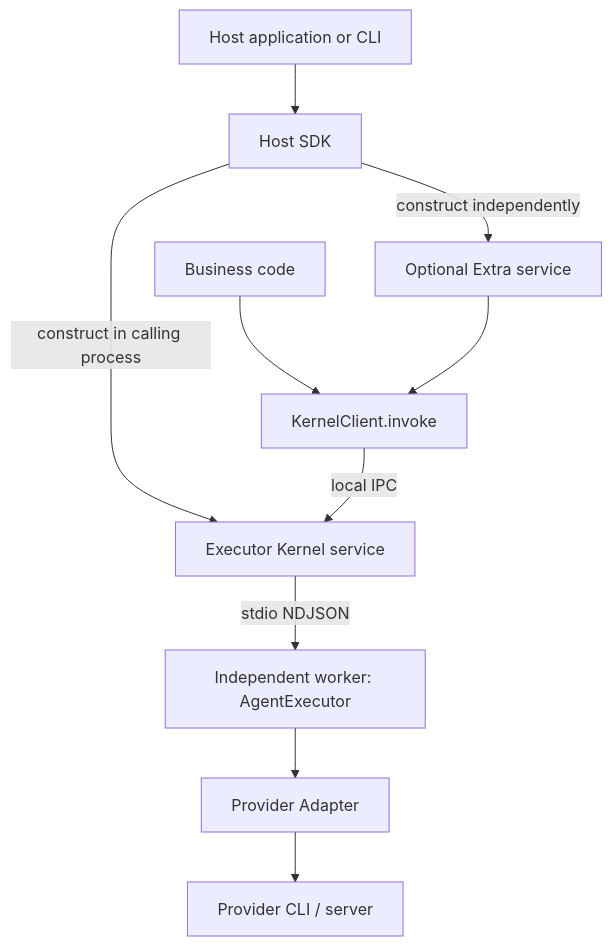
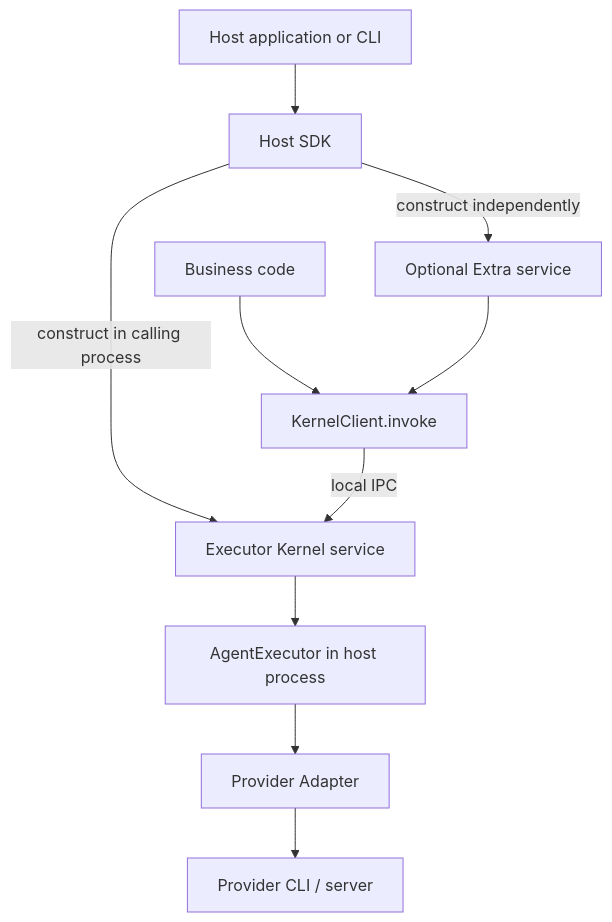
The first of 2 diagrams in docs/en/concepts/architecture.md (Liuxy20/octo-runtime), drawn with Mermaid before and after one commit. The commit also changed other lines of this file and 289 other files, not shown here.

````diff
--- a/docs/en/concepts/architecture.md
+++ b/docs/en/concepts/architecture.md
@@ -13,12 +13,12 @@
 ```mermaid
 flowchart TB
   Host[Host application or CLI] --> SDK[Host SDK]
   SDK -->|construct in calling process| Kernel[Executor Kernel service]
   SDK -->|construct independently| Extra[Optional Extra service]
   Business[Business code] --> Client[KernelClient.invoke]
   Extra --> Client
   Client -->|local IPC| Kernel
-  Kernel -->|stdio NDJSON| Worker[Independent worker: AgentExecutor]
-  Worker --> Adapter[Provider Adapter]
+  Kernel --> Core[AgentExecutor in host process]
+  Core --> Adapter[Provider Adapter]
   Adapter --> Provider[Provider CLI / server]
 ```
````
